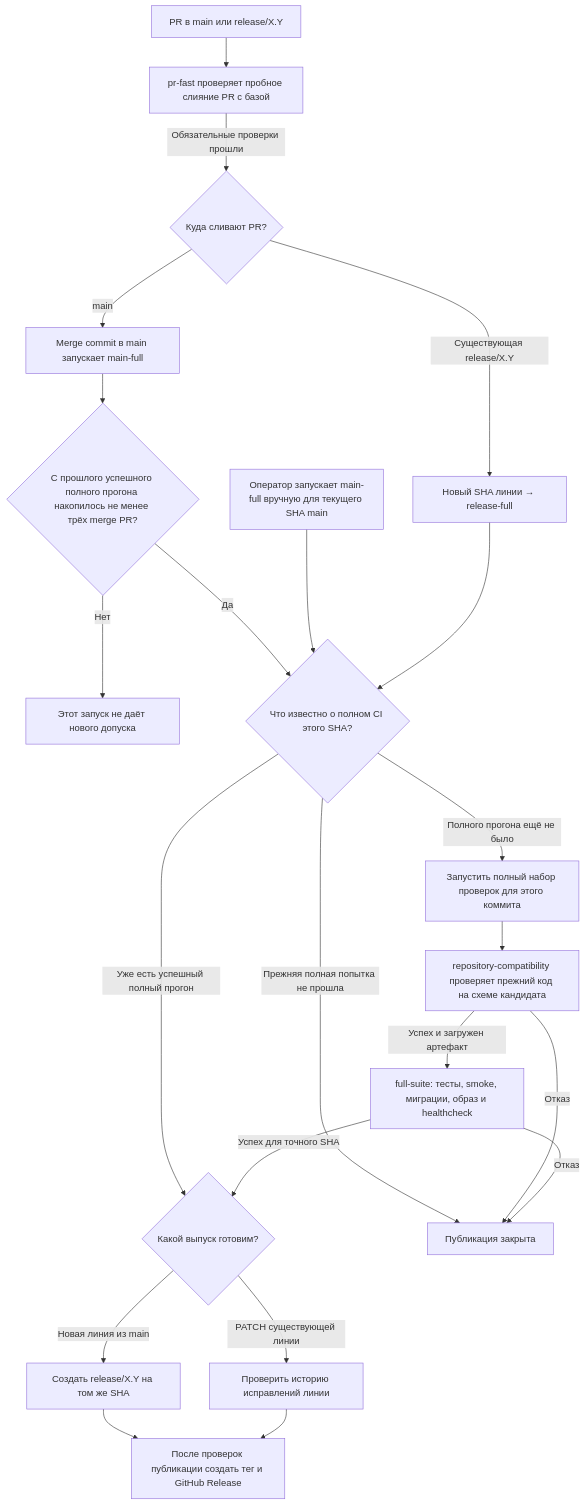
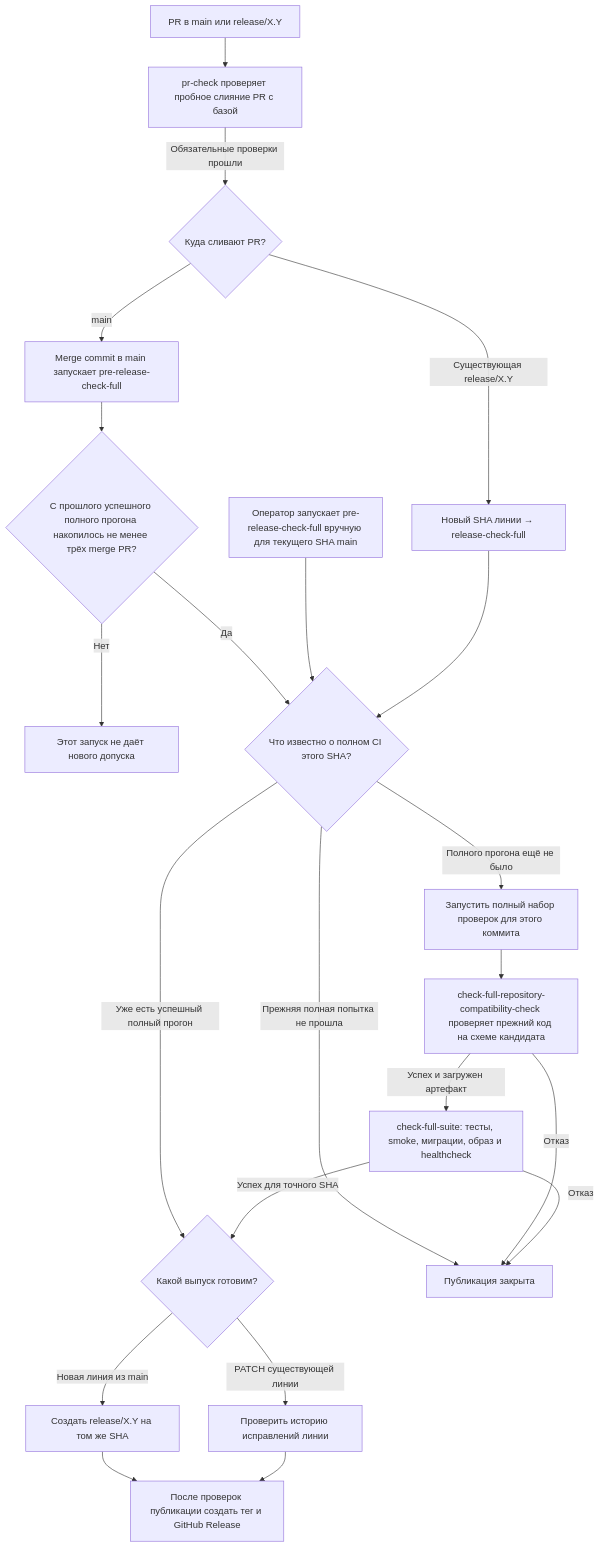
One commit to karateka-git/compadre-assistant changed the second of 6 diagrams in docs/release-ci-admission/CI_AND_DEPLOY.md. Above: the diagram before and after it, drawn with Mermaid. The commit also changed other lines of this file and 27 other files, not shown here.

````diff
--- a/docs/release-ci-admission/CI_AND_DEPLOY.md
+++ b/docs/release-ci-admission/CI_AND_DEPLOY.md
@@ -97,24 +97,24 @@
 ```mermaid
 flowchart TD
-    PR["PR в main или release/X.Y"] --> FAST["pr-fast проверяет пробное слияние PR с базой"]
+    PR["PR в main или release/X.Y"] --> FAST["pr-check проверяет пробное слияние PR с базой"]
     FAST -->|Обязательные проверки прошли| TARGET{"Куда сливают PR?"}
-    TARGET -->|main| MAIN["Merge commit в main запускает main-full"]
-    TARGET -->|Существующая release/X.Y| PATCH["Новый SHA линии → release-full"]
+    TARGET -->|main| MAIN["Merge commit в main запускает pre-release-check-full"]
+    TARGET -->|Существующая release/X.Y| PATCH["Новый SHA линии → release-check-full"]
     MAIN --> COUNT{"С прошлого успешного полного прогона накопилось не менее трёх merge PR?"}
     COUNT -->|Нет| SKIP["Этот запуск не даёт нового допуска"]
     COUNT -->|Да| CHECK{"Что известно о полном CI этого SHA?"}
-    MANUAL["Оператор запускает main-full вручную для текущего SHA main"] --> CHECK
+    MANUAL["Оператор запускает pre-release-check-full вручную для текущего SHA main"] --> CHECK
     PATCH --> CHECK
     CHECK -->|Уже есть успешный полный прогон| LINE
     CHECK -->|Прежняя полная попытка не прошла| NO
     CHECK -->|Полного прогона ещё не было| FULL["Запустить полный набор проверок для этого коммита"]
-    FULL --> PAIR["repository-compatibility проверяет прежний код на схеме кандидата"]
-    PAIR -->|Успех и загружен артефакт| SUITE["full-suite: тесты, smoke, миграции, образ и healthcheck"]
+    FULL --> PAIR["check-full-repository-compatibility-check проверяет прежний код на схеме кандидата"]
+    PAIR -->|Успех и загружен артефакт| SUITE["check-full-suite: тесты, smoke, миграции, образ и healthcheck"]
     PAIR -->|Отказ| NO["Публикация закрыта"]
     SUITE -->|Отказ| NO
     SUITE -->|Успех для точного SHA| LINE{"Какой выпуск готовим?"}
     LINE -->|Новая линия из main| NEW["Создать release/X.Y на том же SHA"]
     LINE -->|PATCH существующей линии| HISTORY["Проверить историю исправлений линии"]
     NEW --> PUB["После проверок публикации создать тег и GitHub Release"]
     HISTORY --> PUB
 ```
````
